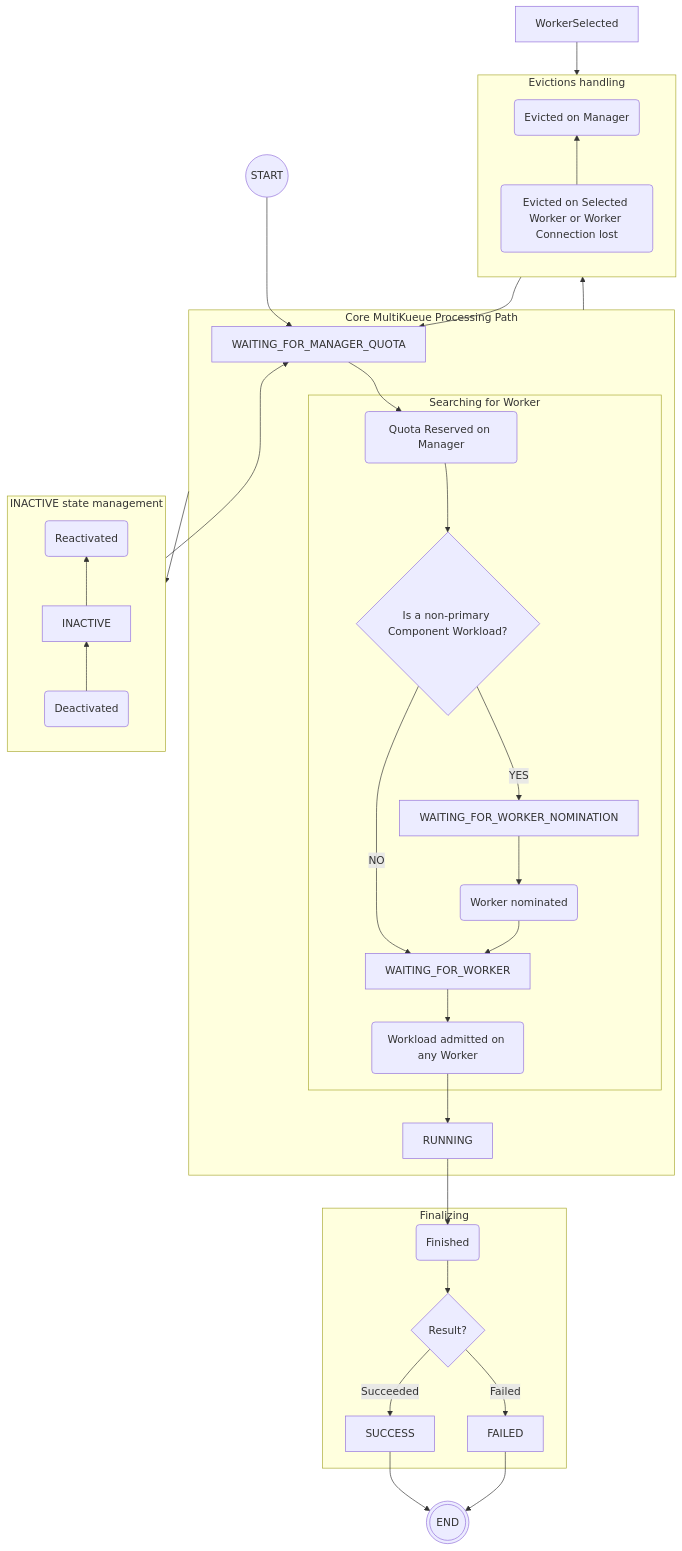
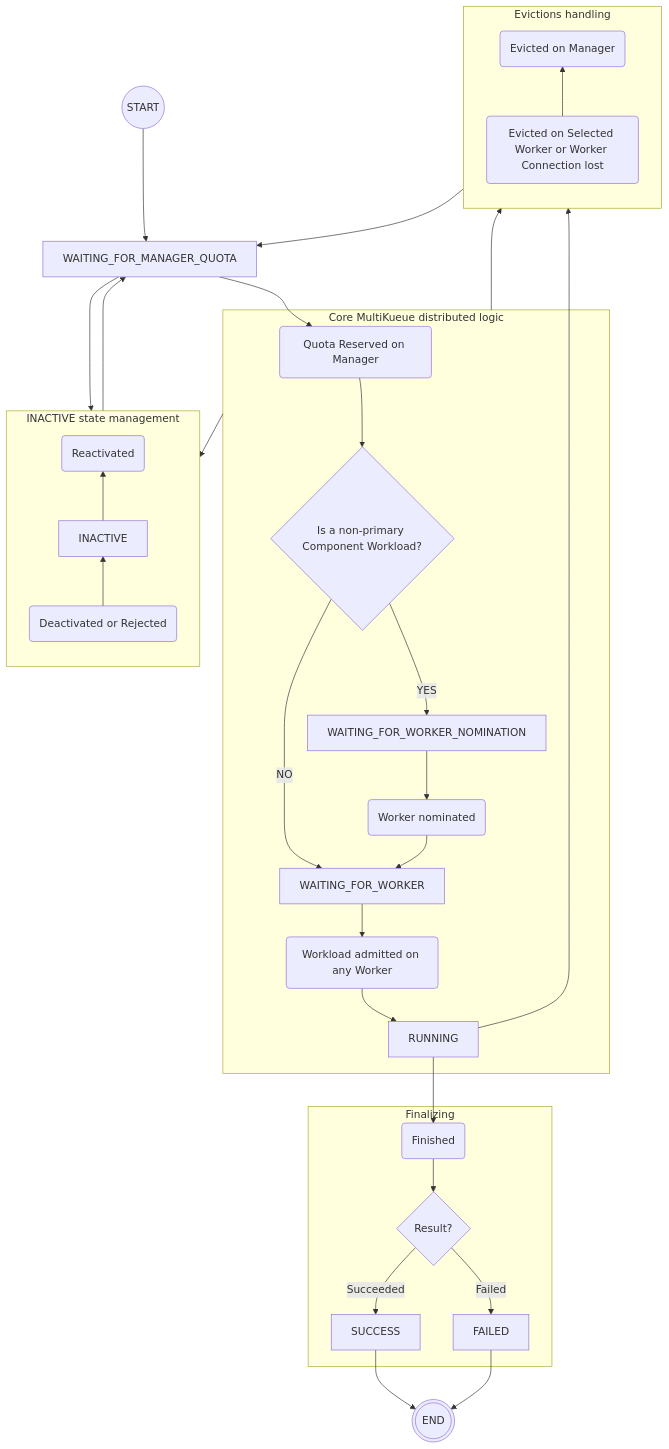
One commit to kubernetes-sigs/kueue changed the diagram in keps/10189-multikueue-global-status-condition/README.md. Above: the diagram before and after it, drawn with Mermaid.

Commit message:
State-graph update.

````diff
--- a/keps/10189-multikueue-global-status-condition/README.md
+++ b/keps/10189-multikueue-global-status-condition/README.md
@@ -78,52 +78,52 @@
 ```mermaid
 flowchart TD
   START@{ shape: circle, label: "START" } --> WAITING_FOR_MANAGER_QUOTA
 
-  subgraph CoreLogic [Core MultiKueue Processing Path]
-    WAITING_FOR_MANAGER_QUOTA --> ManagerQuotaReserved@{shape: rounded, label: "Quota Reserved on Manager"} --> component{"Is a non-primary Component Workload?"}
-    component -- YES --> WAITING_FOR_WORKER_NOMINATION
-    component -- NO --> WAITING_FOR_WORKER
+  WAITING_FOR_MANAGER_QUOTA --> ManagerQuotaReserved@{shape: rounded, label: "Quota Reserved on Manager"} --> component{"Is a non-primary Component Workload?"}
+  component -- YES --> WAITING_FOR_WORKER_NOMINATION
+  component -- NO --> WAITING_FOR_WORKER
 
-    WAITING_FOR_WORKER_NOMINATION --> WorkerNominated@{shape: rounded, label: "Worker nominated"} --> WAITING_FOR_WORKER
+  WAITING_FOR_WORKER_NOMINATION --> WorkerNominated@{shape: rounded, label: "Worker nominated"} --> WAITING_FOR_WORKER
 
-    WAITING_FOR_WORKER --> AnyWorkerAdmitted@{ shape: rounded, label: "Workload admitted on any Worker"} --> RUNNING
+  WAITING_FOR_WORKER --> AnyWorkerAdmitted@{ shape: rounded, label: "Workload admitted on any Worker"} --> RUNNING
 
-    subgraph SearchingForWorker [Searching for Worker]
-      ManagerQuotaReserved
-      component
-      WAITING_FOR_WORKER_NOMINATION
-      WorkerNominated
-      WAITING_FOR_WORKER
-      AnyWorkerAdmitted
-    end
+  subgraph DistributedProcessing [Core MultiKueue distributed logic]
+    ManagerQuotaReserved
+    component
+    WAITING_FOR_WORKER_NOMINATION
+    WorkerNominated
+    WAITING_FOR_WORKER
+    AnyWorkerAdmitted
+    RUNNING
   end
 
   subgraph Finalize [Finalizing]
     RUNNING --> Finished@{ shape: rounded, label: "Finished"} --> result{"Result?"}
     result -- Succeeded --> SUCCESS
     result -- Failed --> FAILED
   end
 
   subgraph Active [INACTIVE state management]
     direction BT
-    Deactivated@{ shape: rounded, label: "Deactivated"} --> INACTIVE --> Reactivated@{ shape: rounded, label: "Reactivated"}
+    Deactivated@{ shape: rounded, label: "Deactivated or Rejected"} --> INACTIVE --> Reactivated@{ shape: rounded, label: "Reactivated"}
   end
 
   Reactivated --> WAITING_FOR_MANAGER_QUOTA
-  CoreLogic --> Deactivated
+  WAITING_FOR_MANAGER_QUOTA --> Deactivated
+  DistributedProcessing --> Deactivated
 
   subgraph Evictions [Evictions handling]
     direction BT
     EvictedOnManager@{ shape: rounded, label: "Evicted on Manager"}
     EvictedOnWorker@{ shape: rounded, label: "Evicted on Selected Worker or Worker Connection lost"}
     EvictedOnWorker --> EvictedOnManager
   end
 
   EvictedOnManager --> WAITING_FOR_MANAGER_QUOTA
-  CoreLogic --> EvictedOnManager
-  WorkerSelected --> EvictedOnWorker
+  DistributedProcessing --> EvictedOnManager
+  RUNNING --> EvictedOnWorker
 
   END@{ shape: dbl-circ, label: "END" }
   SUCCESS --> END
   FAILED --> END
 ```
````
